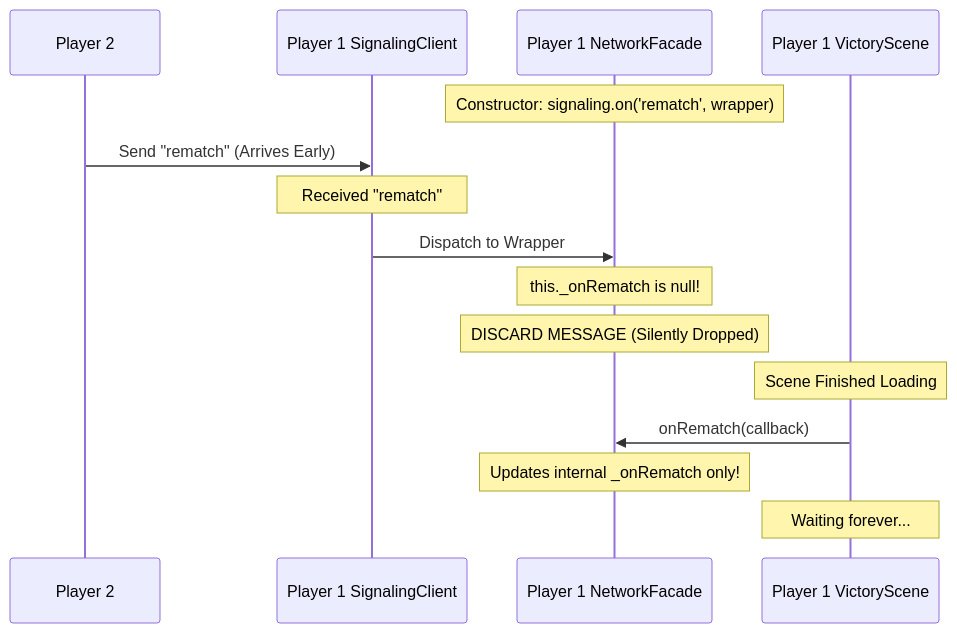
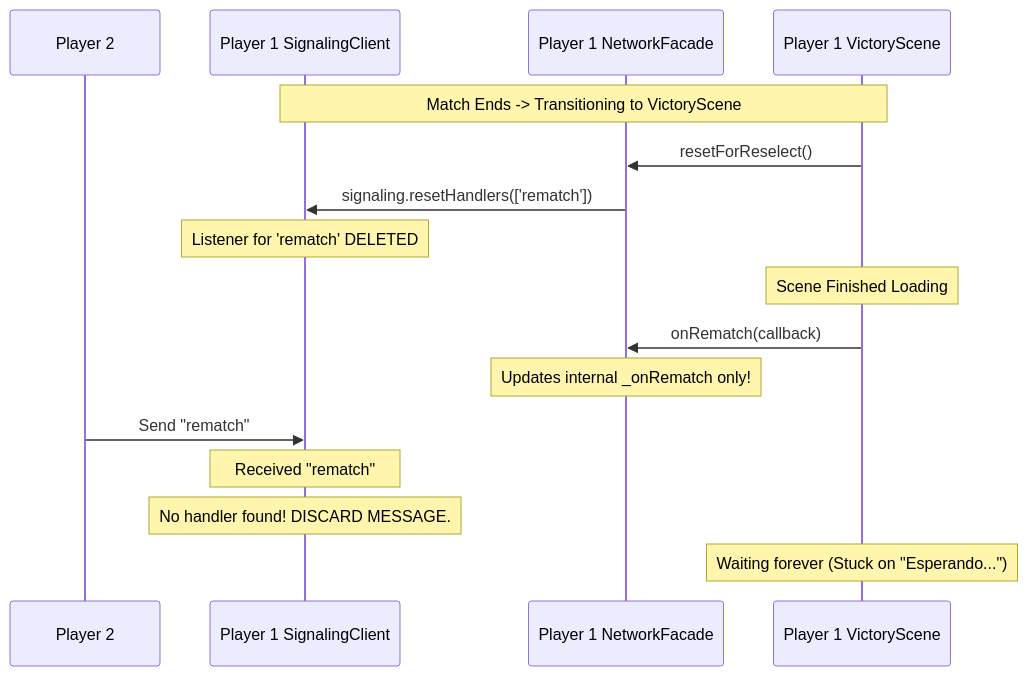
One commit to simon0191/a-los-traques changed the first of 2 diagrams in docs/rfcs/0015-multiplayer-scene-transitions-reliability.md. Above: the diagram before and after it, drawn with Mermaid. The commit also changed other lines of this file, not shown here.

Commit message:
docs: update RFC 0015 to include the Stale Handler (Frame Zero Sync Deadlock) flaw

````diff
--- a/docs/rfcs/0015-multiplayer-scene-transitions-reliability.md
+++ b/docs/rfcs/0015-multiplayer-scene-transitions-reliability.md
@@ -29,20 +25,21 @@
 ```mermaid
 sequenceDiagram
     participant P2 as Player 2
     participant P1_Net as Player 1 SignalingClient
     participant P1_Facade as Player 1 NetworkFacade
     participant P1_Scene as Player 1 VictoryScene
     
-    Note over P1_Facade: Constructor: signaling.on('rematch', wrapper)
-    
-    P2->>P1_Net: Send "rematch" (Arrives Early)
-    Note over P1_Net: Received "rematch"
-    P1_Net->>P1_Facade: Dispatch to Wrapper
-    Note over P1_Facade: this._onRematch is null!
-    Note over P1_Facade: DISCARD MESSAGE (Silently Dropped)
+    Note over P1_Scene, P1_Net: Match Ends -> Transitioning to VictoryScene
+    P1_Scene->>P1_Facade: resetForReselect()
+    P1_Facade->>P1_Net: signaling.resetHandlers(['rematch'])
+    Note over P1_Net: Listener for 'rematch' DELETED
     
     Note over P1_Scene: Scene Finished Loading
     P1_Scene->>P1_Facade: onRematch(callback)
     Note over P1_Facade: Updates internal _onRematch only!
-    Note over P1_Scene: Waiting forever...
+    
+    P2->>P1_Net: Send "rematch"
+    Note over P1_Net: Received "rematch"
+    Note over P1_Net: No handler found! DISCARD MESSAGE.
+    Note over P1_Scene: Waiting forever (Stuck on "Esperando...")
 ```
````
